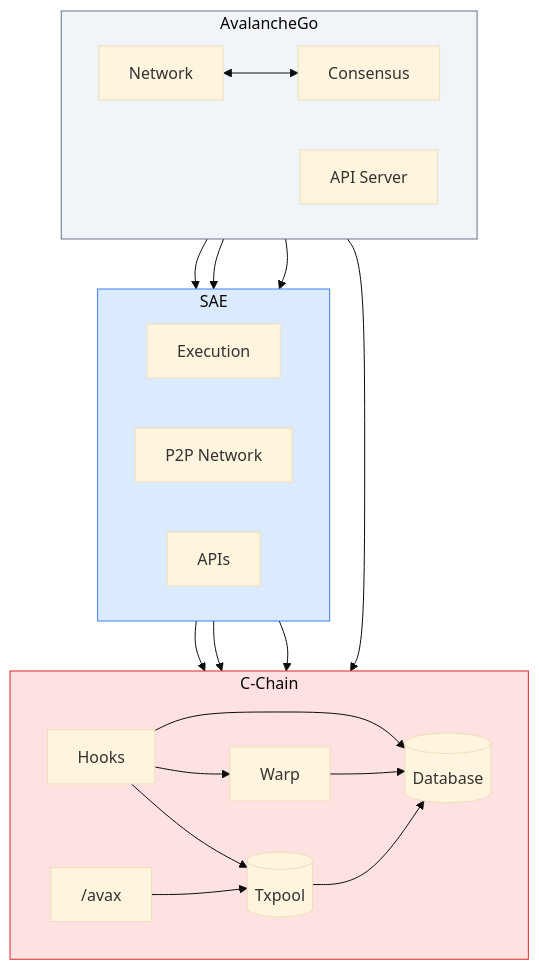
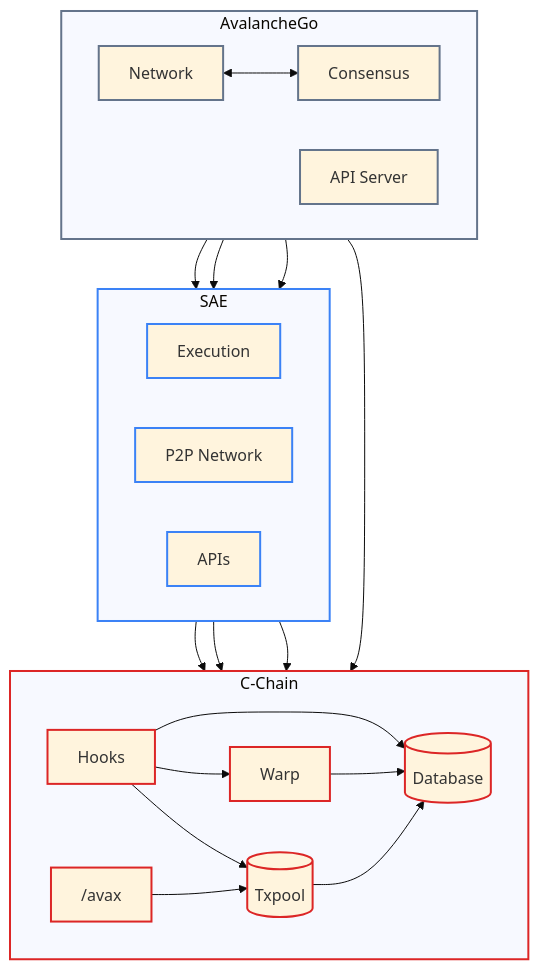
Before and after one commit to ava-labs/avalanchego: the first of 4 diagrams in vms/saevm/cchain/README.md, drawn with Mermaid (base theme).

````diff
--- a/vms/saevm/cchain/README.md
+++ b/vms/saevm/cchain/README.md
@@ -9,47 +9,55 @@
 ```mermaid
 flowchart TB
     subgraph avago["AvalancheGo"]
         direction LR
         consensus["Consensus"]
         network["Network"]
         apiserver["API Server"]
     end
 
     subgraph sae["SAE"]
         direction LR
         execution["Execution"]
         p2pn["P2P Network"]
         apis_sae["APIs"]
     end
 
     subgraph cchain["C-Chain"]
         direction LR
         hook["Hooks"]
         warp["Warp"]
         db[("Database")]
         txpool[("Txpool")]
         avax["/avax"]
     end
 
     network <--> consensus
     network --> p2pn
     consensus --> execution
     apiserver --> apis_sae
     apiserver --> avax
     execution --> hook
 
     hook --> warp
     p2pn --> warp
 
     hook --> txpool
     p2pn --> txpool
     avax --> txpool
 
     hook --> db
     warp --> db
     txpool --> db
 
-    style avago fill:#F1F5F9,stroke:#64748B
-    style sae fill:#DBEAFE,stroke:#3B82F6
-    style cchain fill:#FEE2E2,stroke:#DC2626
+    classDef avagoNode stroke:#64748B,stroke-width:2px
+    classDef saeNode stroke:#3B82F6,stroke-width:2px
+    classDef cchainNode stroke:#DC2626,stroke-width:2px
+
+    class consensus,network,apiserver avagoNode
+    class execution,p2pn,apis_sae saeNode
+    class hook,warp,db,txpool,avax cchainNode
+
+    style avago stroke:#64748B,stroke-width:2px
+    style sae stroke:#3B82F6,stroke-width:2px
+    style cchain stroke:#DC2626,stroke-width:2px
 ```
````
